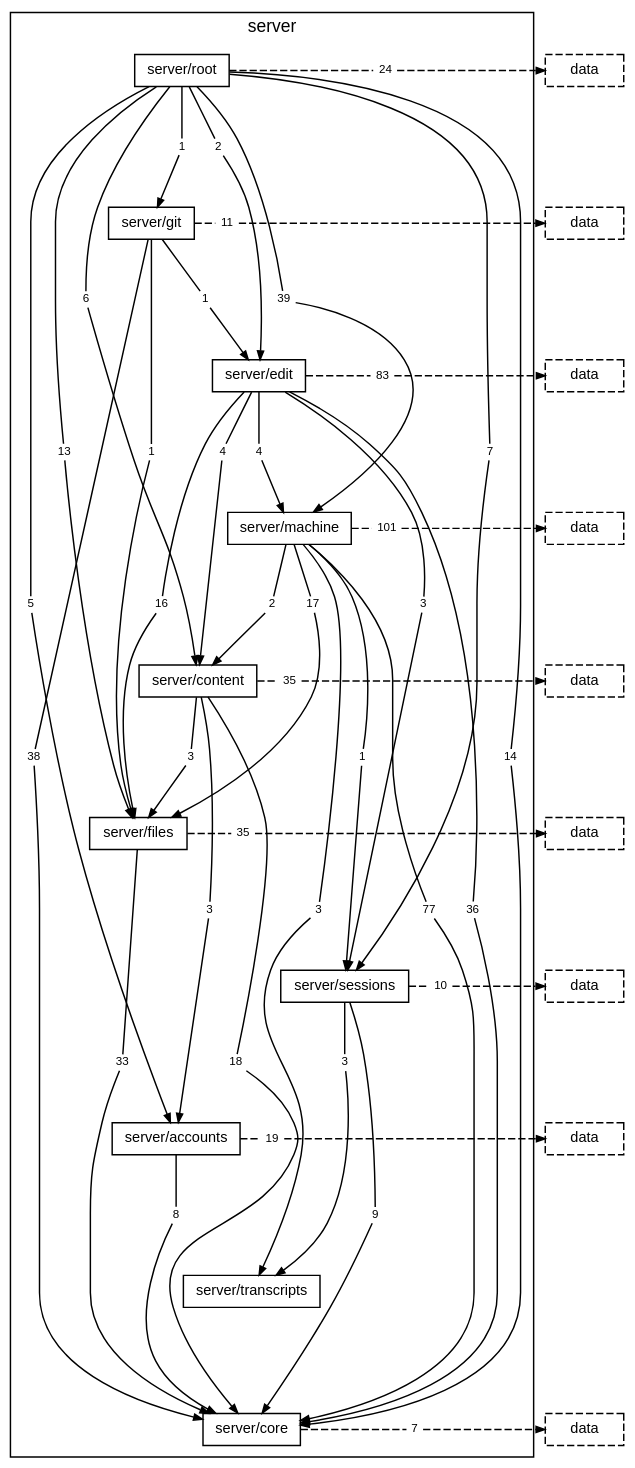
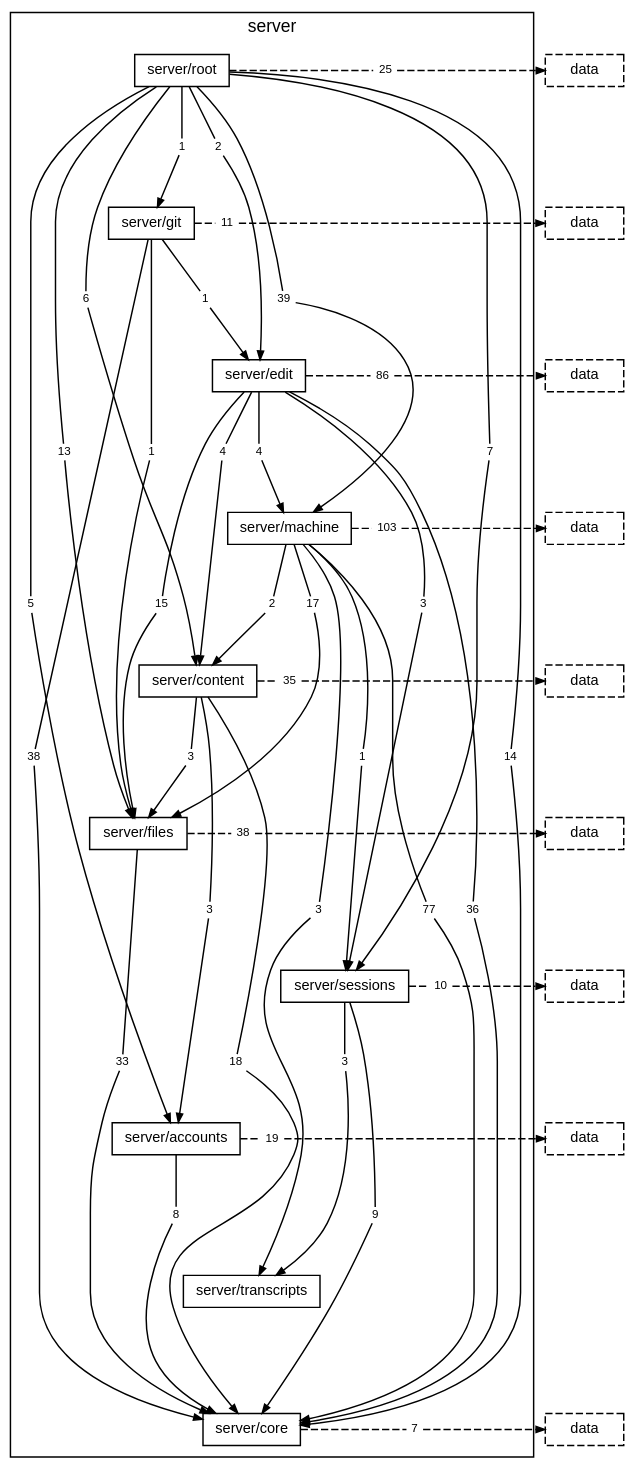
Before and after one commit to TheAxeC/oculus: the diagram in docs/diagrams/layer-server.dot, drawn with Graphviz. The commit also changed 113 other files, not shown here.

First line of the commit message:
Land D50: the hub's own folder, its shareable files and its settings layer

```diff
--- a/docs/diagrams/layer-server.dot
+++ b/docs/diagrams/layer-server.dot
@@ -22,29 +22,29 @@
         "folder server/root to folder server/git" [label="1", shape=box, color="transparent", fontsize=8, width=0, height=0, margin="0.04,0.02"];
         "folder server/root to folder server/machine" [label="39", shape=box, color="transparent", fontsize=8, width=0, height=0, margin="0.04,0.02"];
         "folder server/root to folder server/sessions" [label="7", shape=box, color="transparent", fontsize=8, width=0, height=0, margin="0.04,0.02"];
-        "folder server/root to layer data" [label="24", shape=box, color="transparent", fontsize=8, width=0, height=0, margin="0.04,0.02"];
+        "folder server/root to layer data" [label="25", shape=box, color="transparent", fontsize=8, width=0, height=0, margin="0.04,0.02"];
         "folder server/git to folder server/core" [label="38", shape=box, color="transparent", fontsize=8, width=0, height=0, margin="0.04,0.02"];
         "folder server/git to folder server/edit" [label="1", shape=box, color="transparent", fontsize=8, width=0, height=0, margin="0.04,0.02"];
         "folder server/git to folder server/files" [label="1", shape=box, color="transparent", fontsize=8, width=0, height=0, margin="0.04,0.02"];
         "folder server/git to layer data" [label="11", shape=box, color="transparent", fontsize=8, width=0, height=0, margin="0.04,0.02"];
         "folder server/edit to folder server/content" [label="4", shape=box, color="transparent", fontsize=8, width=0, height=0, margin="0.04,0.02"];
         "folder server/edit to folder server/core" [label="36", shape=box, color="transparent", fontsize=8, width=0, height=0, margin="0.04,0.02"];
-        "folder server/edit to folder server/files" [label="16", shape=box, color="transparent", fontsize=8, width=0, height=0, margin="0.04,0.02"];
+        "folder server/edit to folder server/files" [label="15", shape=box, color="transparent", fontsize=8, width=0, height=0, margin="0.04,0.02"];
         "folder server/edit to folder server/machine" [label="4", shape=box, color="transparent", fontsize=8, width=0, height=0, margin="0.04,0.02"];
         "folder server/edit to folder server/sessions" [label="3", shape=box, color="transparent", fontsize=8, width=0, height=0, margin="0.04,0.02"];
-        "folder server/edit to layer data" [label="83", shape=box, color="transparent", fontsize=8, width=0, height=0, margin="0.04,0.02"];
+        "folder server/edit to layer data" [label="86", shape=box, color="transparent", fontsize=8, width=0, height=0, margin="0.04,0.02"];
         "folder server/machine to folder server/content" [label="2", shape=box, color="transparent", fontsize=8, width=0, height=0, margin="0.04,0.02"];
         "folder server/machine to folder server/core" [label="77", shape=box, color="transparent", fontsize=8, width=0, height=0, margin="0.04,0.02"];
         "folder server/machine to folder server/files" [label="17", shape=box, color="transparent", fontsize=8, width=0, height=0, margin="0.04,0.02"];
         "folder server/machine to folder server/sessions" [label="1", shape=box, color="transparent", fontsize=8, width=0, height=0, margin="0.04,0.02"];
         "folder server/machine to folder server/transcripts" [label="3", shape=box, color="transparent", fontsize=8, width=0, height=0, margin="0.04,0.02"];
-        "folder server/machine to layer data" [label="101", shape=box, color="transparent", fontsize=8, width=0, height=0, margin="0.04,0.02"];
+        "folder server/machine to layer data" [label="103", shape=box, color="transparent", fontsize=8, width=0, height=0, margin="0.04,0.02"];
         "folder server/content to folder server/accounts" [label="3", shape=box, color="transparent", fontsize=8, width=0, height=0, margin="0.04,0.02"];
         "folder server/content to folder server/core" [label="18", shape=box, color="transparent", fontsize=8, width=0, height=0, margin="0.04,0.02"];
         "folder server/content to folder server/files" [label="3", shape=box, color="transparent", fontsize=8, width=0, height=0, margin="0.04,0.02"];
         "folder server/content to layer data" [label="35", shape=box, color="transparent", fontsize=8, width=0, height=0, margin="0.04,0.02"];
         "folder server/files to folder server/core" [label="33", shape=box, color="transparent", fontsize=8, width=0, height=0, margin="0.04,0.02"];
-        "folder server/files to layer data" [label="35", shape=box, color="transparent", fontsize=8, width=0, height=0, margin="0.04,0.02"];
+        "folder server/files to layer data" [label="38", shape=box, color="transparent", fontsize=8, width=0, height=0, margin="0.04,0.02"];
         "folder server/sessions to folder server/core" [label="9", shape=box, color="transparent", fontsize=8, width=0, height=0, margin="0.04,0.02"];
         "folder server/sessions to folder server/transcripts" [label="3", shape=box, color="transparent", fontsize=8, width=0, height=0, margin="0.04,0.02"];
         "folder server/sessions to layer data" [label="10", shape=box, color="transparent", fontsize=8, width=0, height=0, margin="0.04,0.02"];
```
